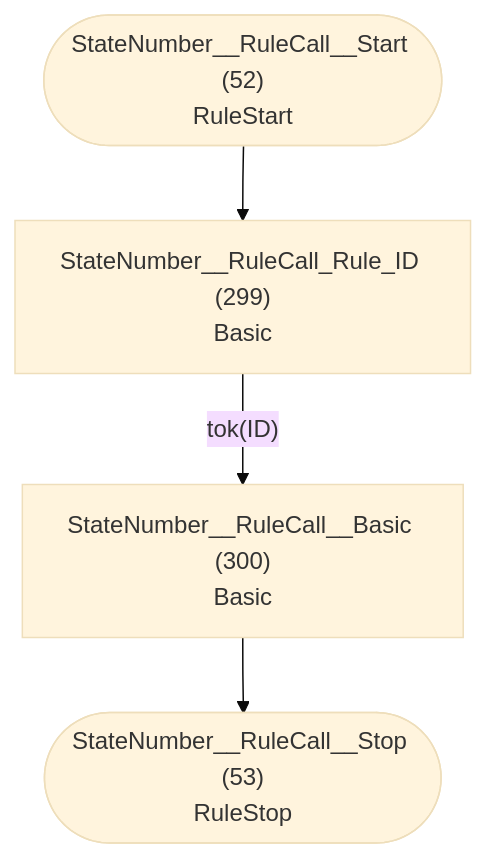
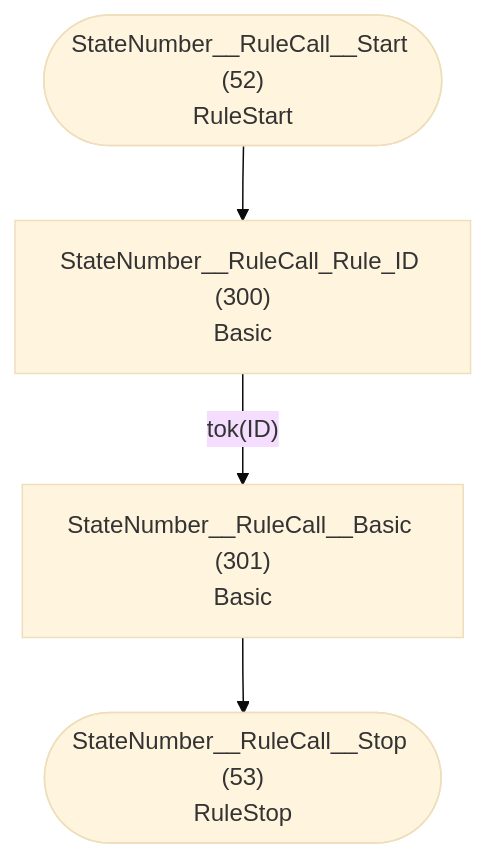
Before and after one commit to TypeFox/fastbelt: diagram 27 of 32 in internal/grammar/atn.md, drawn with Mermaid (base theme). The commit also changed other lines of this file and 6 other files, not shown here.

````diff
--- a/internal/grammar/atn.md
+++ b/internal/grammar/atn.md
@@ -783,11 +785,11 @@
 ```mermaid
 flowchart TD
     q52(["StateNumber__RuleCall__Start (52)<br/>RuleStart"])
     q53(["StateNumber__RuleCall__Stop (53)<br/>RuleStop"])
-    q299["StateNumber__RuleCall_Rule_ID (299)<br/>Basic<br/>"]
-    q300["StateNumber__RuleCall__Basic (300)<br/>Basic<br/>"]
+    q300["StateNumber__RuleCall_Rule_ID (300)<br/>Basic<br/>"]
+    q301["StateNumber__RuleCall__Basic (301)<br/>Basic<br/>"]
 
-    q52 --> q299
-    q299 -->|"tok(ID)"| q300
-    q300 --> q53
+    q52 --> q300
+    q300 -->|"tok(ID)"| q301
+    q301 --> q53
 ```
````
